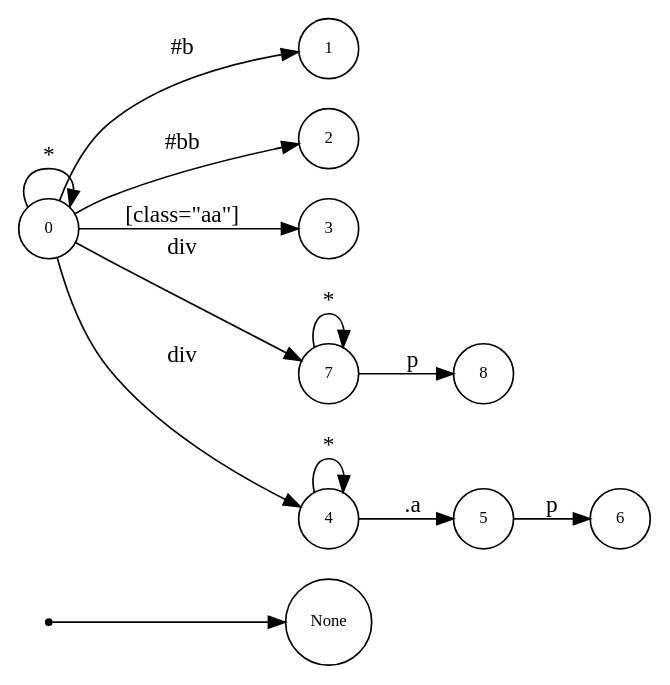
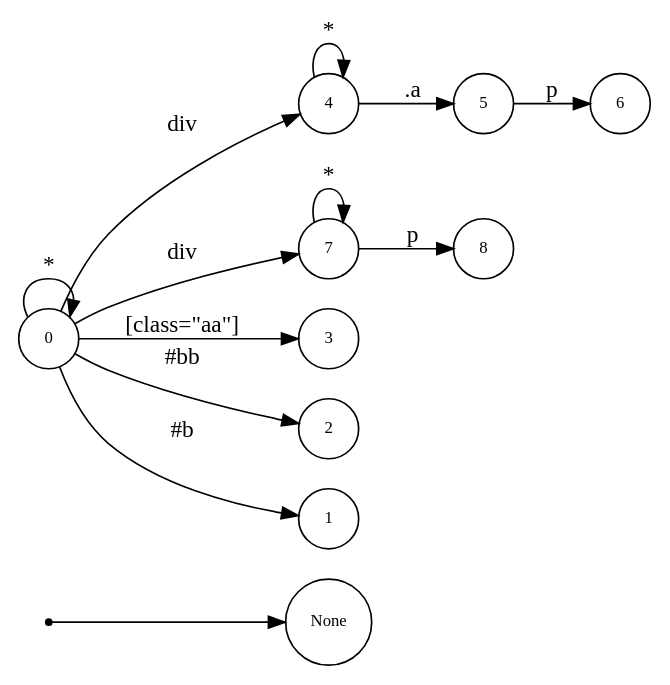
The diagram in css-gen-op/testcase/dot_quad.dot (asukaminato0721/css-bitvector-compiler), drawn with Graphviz before and after one commit. The commit also changed other lines of this file and 9 other files, not shown here.

```diff
--- a/css-gen-op/testcase/dot_quad.dot
+++ b/css-gen-op/testcase/dot_quad.dot
@@ -1,27 +1,27 @@
 digraph NFA {
   rankdir=LR;
   node [shape=circle, fontsize=10];
   __start [shape=point, label=""];
   __start -> None;
+  4 [label="4"];
+  7 [label="7"];
+  5 [label="5"];
+  3 [label="3"];
+  6 [label="6"];
+  0 [label="0"];
+  8 [label="8"];
+  2 [label="2"];
   1 [label="1"];
-  2 [label="2"];
-  0 [label="0"];
-  5 [label="5"];
-  8 [label="8"];
-  6 [label="6"];
-  3 [label="3"];
-  7 [label="7"];
-  4 [label="4"];
   { node [shape=doublecircle]; 1 2 3 6 8 }
   0 -> 0 [label="*"];
   0 -> 1 [label="#b"];
   0 -> 2 [label="#bb"];
   0 -> 3 [label="[class=\"aa\"]"];
   0 -> 4 [label="div"];
   4 -> 4 [label="*"];
   4 -> 5 [label=".a"];
   5 -> 6 [label="p"];
   0 -> 7 [label="div"];
   7 -> 7 [label="*"];
   7 -> 8 [label="p"];
 }
```
